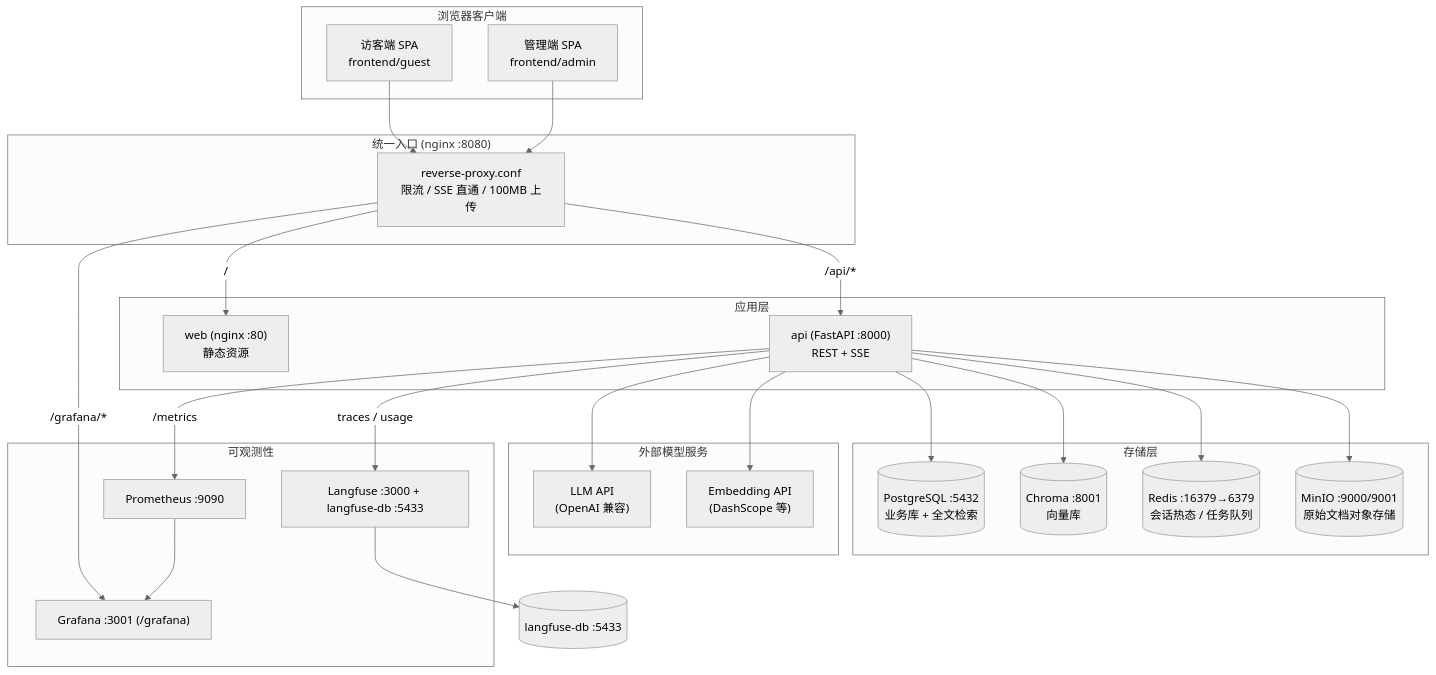
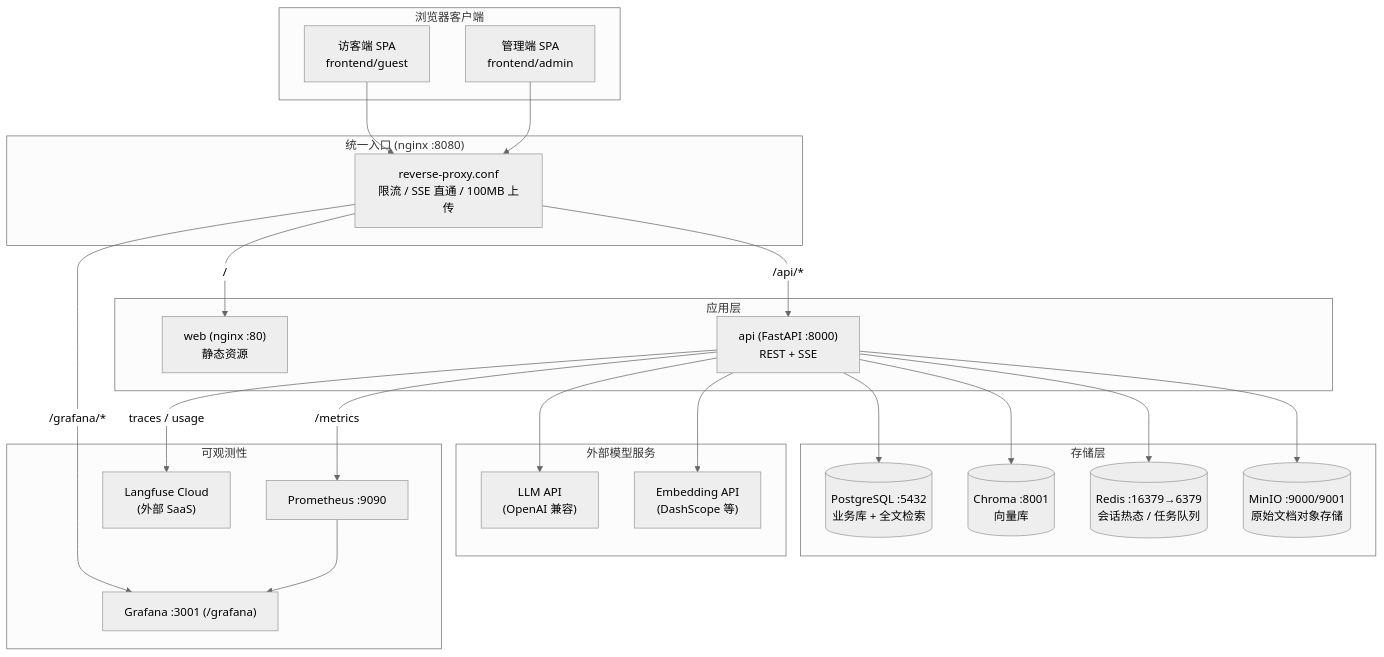
The diagram in README.md (9Z-jiuzhang/0716RAGPJ), drawn with Mermaid (neutral theme) before and after one commit. The commit also changed other lines of this file and 1 other file, not shown here.

First line of the commit message:
docs: 对齐云端 Langfuse 与 OpenAPI 路径参数

````diff
--- a/README.md
+++ b/README.md
@@ -42,50 +42,49 @@
 ```mermaid
 flowchart TB
     subgraph Client["浏览器客户端"]
         Guest["访客端 SPA<br/>frontend/guest"]
         Admin["管理端 SPA<br/>frontend/admin"]
     end
 
     subgraph Edge["统一入口 (nginx :8080)"]
         RP["reverse-proxy.conf<br/>限流 / SSE 直通 / 100MB 上传"]
     end
 
     subgraph App["应用层"]
         WEB["web (nginx :80)<br/>静态资源"]
         API["api (FastAPI :8000)<br/>REST + SSE"]
     end
 
     subgraph Storage["存储层"]
         PG[("PostgreSQL :5432<br/>业务库 + 全文检索")]
         CH[("Chroma :8001<br/>向量库")]
         RD[("Redis :16379→6379<br/>会话热态 / 任务队列")]
         MO[("MinIO :9000/9001<br/>原始文档对象存储")]
     end
 
     subgraph External["外部模型服务"]
         LLM["LLM API<br/>(OpenAI 兼容)"]
         EMB["Embedding API<br/>(DashScope 等)"]
     end
 
     subgraph Observ["可观测性"]
         PROM["Prometheus :9090"]
         GRAF["Grafana :3001 (/grafana)"]
-        LF["Langfuse :3000 + langfuse-db :5433"]
+        LF["Langfuse Cloud<br/>(外部 SaaS)"]
     end
 
     Guest --> RP
     Admin --> RP
     RP -->|/| WEB
     RP -->|/api/*| API
     RP -->|/grafana/*| GRAF
     API --> PG
     API --> CH
     API --> RD
     API --> MO
     API --> LLM
     API --> EMB
     API -->|/metrics| PROM
     API -->|traces / usage| LF
     PROM --> GRAF
-    LF --> LFDB[("langfuse-db :5433")]
 ```
````
